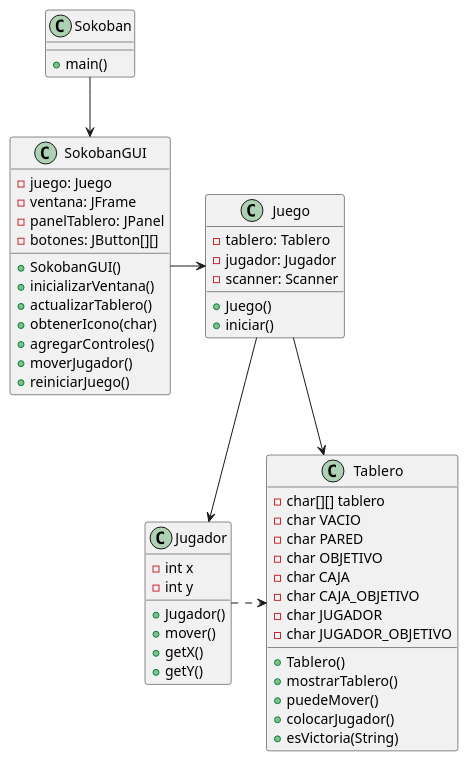
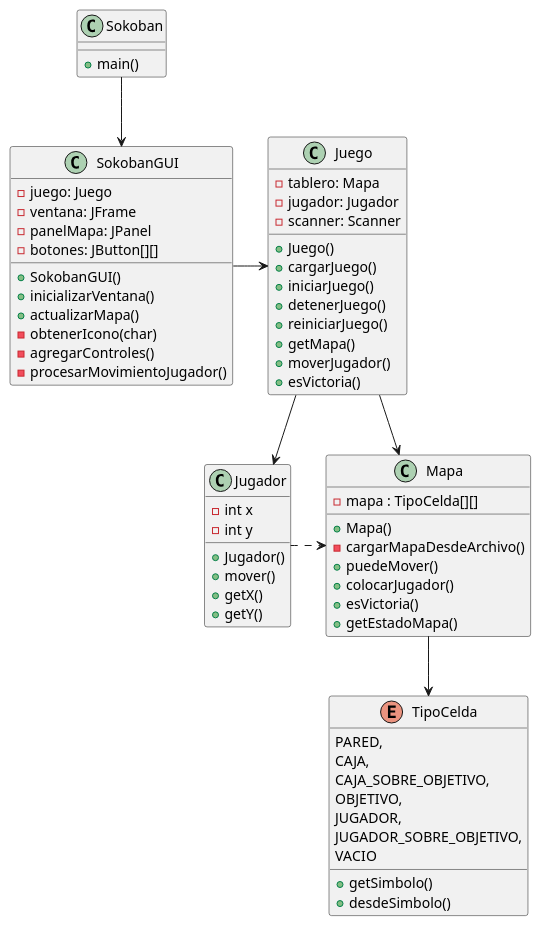
The diagram in Segunda Iteración/Sokoban.puml (Mike37Jet/Proyecto_1B_Metodolog-as-giles_Equipo3), drawn with PlantUML before and after one commit. The commit also changed 6 other files, not shown here.

```diff
--- a/Segunda Iteración/Sokoban.puml
+++ b/Segunda Iteración/Sokoban.puml
@@ -1,56 +1,67 @@
 @startuml
 class Sokoban {
     + main()
 }
 class Juego {
-    - tablero: Tablero
+    - tablero: Mapa
     - jugador: Jugador
     - scanner: Scanner
     + Juego()
-    + iniciar()
+    + cargarJuego()
+    + iniciarJuego()
+    + detenerJuego()
+    + reiniciarJuego()
+    + getMapa()
+    + moverJugador()
+    + esVictoria()
 }
 
 class SokobanGUI{
     - juego: Juego
     - ventana: JFrame
-    - panelTablero: JPanel
+    - panelMapa: JPanel
     - botones: JButton[][]
     + SokobanGUI()
     + inicializarVentana()
-    + actualizarTablero()
-    + obtenerIcono(char)
-    + agregarControles()
-    + moverJugador()
-    + reiniciarJuego()
-
+    + actualizarMapa()
+    - obtenerIcono(char)
+    - agregarControles()
+    - procesarMovimientoJugador()
 }
 class Jugador {
     - int x
     - int y
     + Jugador()
     + mover()
     + getX()
     + getY()
 }
-class Tablero {
-    - char[][] tablero
-    - char VACIO
-    - char PARED
-    - char OBJETIVO
-    - char CAJA
-    - char CAJA_OBJETIVO
-    - char JUGADOR
-    - char JUGADOR_OBJETIVO
-    + Tablero()
-    + mostrarTablero()
+class Mapa {
+    - mapa : TipoCelda[][]
+    + Mapa()
+    - cargarMapaDesdeArchivo()
     + puedeMover()
     + colocarJugador()
-    + esVictoria(String)
+    + esVictoria()
+    + getEstadoMapa()
+}
+
+enum TipoCelda {
+    PARED,
+    CAJA,
+    CAJA_SOBRE_OBJETIVO,
+    OBJETIVO,
+    JUGADOR,
+    JUGADOR_SOBRE_OBJETIVO,
+    VACIO
+    + getSimbolo()
+    + desdeSimbolo()
 }
 
 Sokoban --> SokobanGUI
 SokobanGUI -> Juego
 Juego --> Jugador
-Juego --> Tablero
-Jugador .> Tablero
+Juego --> Mapa
+Jugador .> Mapa
+Mapa --> TipoCelda
 @enduml
```
